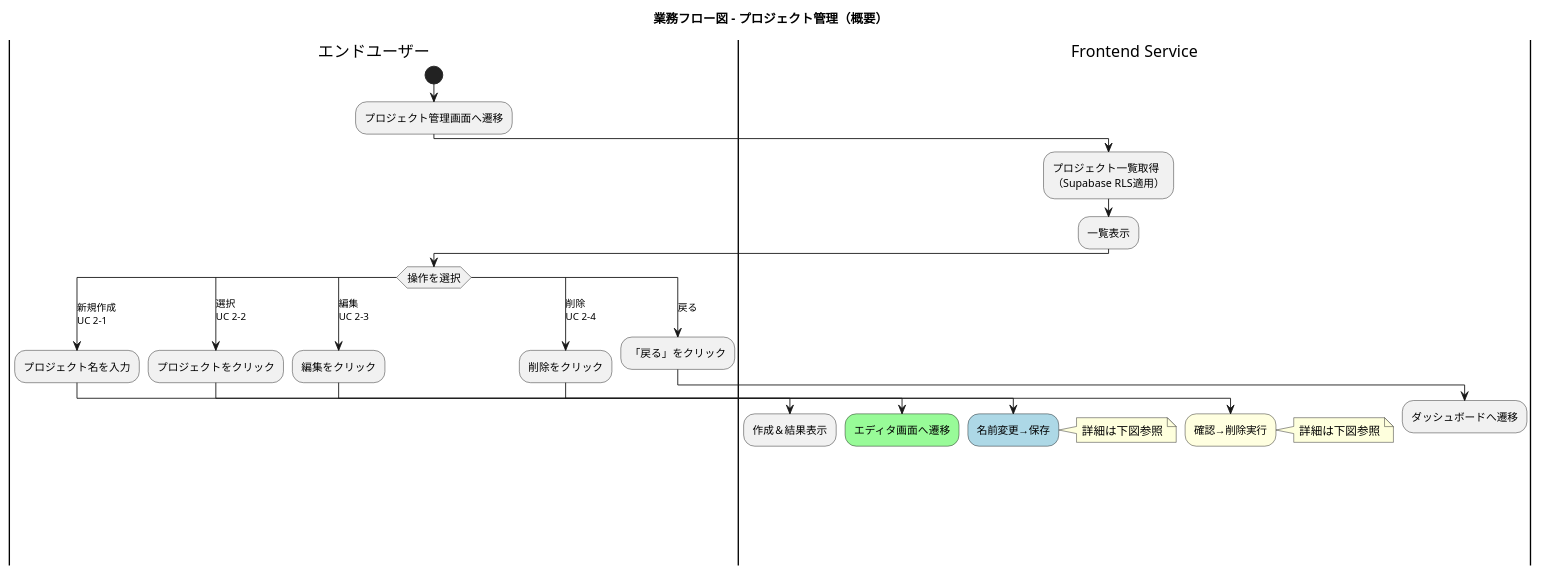
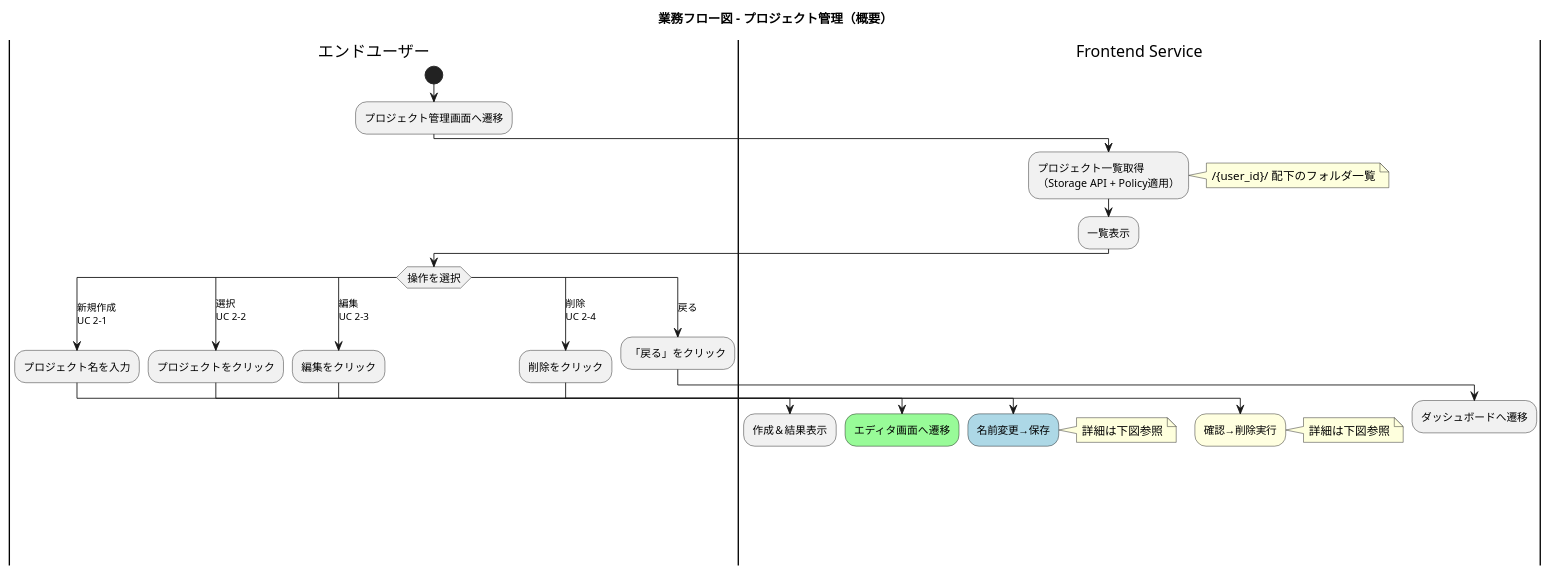
One commit to yoshiwo3/PlantUML2_Opus4.5 changed the fifth of 19 diagrams in docs/proposals/PlantUML_Studio_業務フロー図_20251201.md. Above: the diagram before and after it, drawn with PlantUML. The commit also changed other lines of this file and 14 other files, not shown here.

````diff
--- a/docs/proposals/PlantUML_Studio_業務フロー図_20251201.md
+++ b/docs/proposals/PlantUML_Studio_業務フロー図_20251201.md
@@ -751,52 +759,55 @@
 ```plantuml
 @startuml business_flow_project_management_overview
 skinparam ActivityFontSize 12
 skinparam ConditionEndStyle hline
 
 title 業務フロー図 - プロジェクト管理（概要）
 
 |エンドユーザー|
 start
 :プロジェクト管理画面へ遷移;
 
 |Frontend Service|
-:プロジェクト一覧取得\n（Supabase RLS適用）;
+:プロジェクト一覧取得\n（Storage API + Policy適用）;
+note right
+  /{user_id}/ 配下のフォルダ一覧
+end note
 :一覧表示;
 
 |エンドユーザー|
 switch (操作を選択)
 case (新規作成\nUC 2-1)
   :プロジェクト名を入力;
   |Frontend Service|
   :作成＆結果表示;
   detach
 case (選択\nUC 2-2)
   |エンドユーザー|
   :プロジェクトをクリック;
   |Frontend Service|
   #palegreen:エディタ画面へ遷移;
   detach
 case (編集\nUC 2-3)
   |エンドユーザー|
   :編集をクリック;
   |Frontend Service|
   #lightblue:名前変更→保存;
   note right: 詳細は下図参照
   detach
 case (削除\nUC 2-4)
   |エンドユーザー|
   :削除をクリック;
   |Frontend Service|
   #lightyellow:確認→削除実行;
   note right: 詳細は下図参照
   detach
 case (戻る)
   |エンドユーザー|
   :「戻る」をクリック;
   |Frontend Service|
   :ダッシュボードへ遷移;
   detach
 endswitch
 
 @enduml
 ```
````
